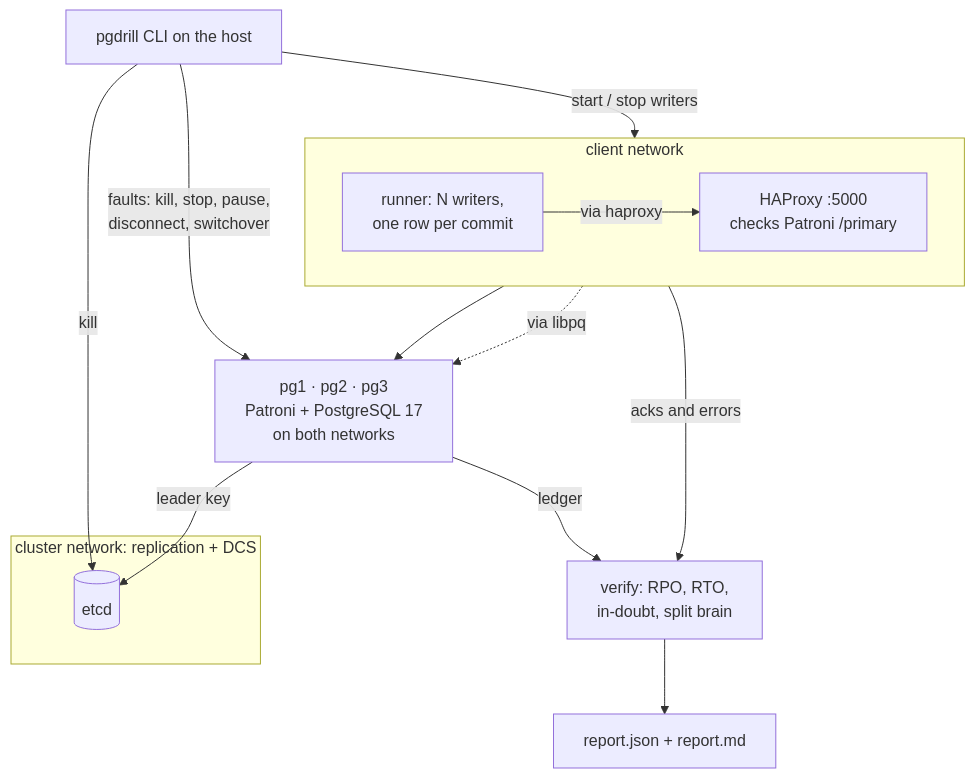
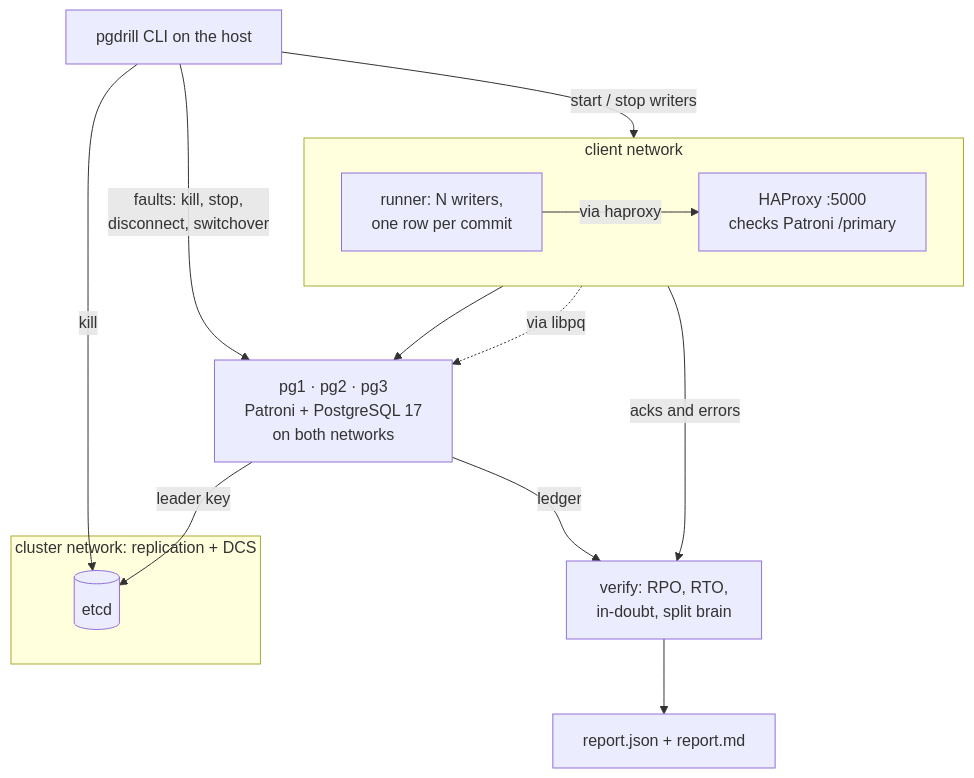
Before and after one commit to kiwifarmit/ol-sbx-pg-failover-drill: the diagram in README.md, drawn with Mermaid. The commit also changed other lines of this file and 12 other files, not shown here.

````diff
--- a/README.md
+++ b/README.md
@@ -27,29 +27,29 @@
 ```mermaid
 flowchart TB
     cli["pgdrill CLI on the host"]
 
     subgraph client["client network"]
         direction LR
         runner["runner: N writers,<br/>one row per commit"]
         haproxy["HAProxy :5000<br/>checks Patroni /primary"]
     end
 
     pg["pg1 · pg2 · pg3<br/>Patroni + PostgreSQL 17<br/>on both networks"]
 
     subgraph cluster["cluster network: replication + DCS"]
         etcd[("etcd")]
     end
 
     verify["verify: RPO, RTO,<br/>in-doubt, split brain"]
     report["report.json + report.md"]
 
     cli -- "start / stop writers" --> runner
-    cli -- "faults: kill, stop, pause,<br/>disconnect, switchover" --> pg
+    cli -- "faults: kill, stop,<br/>disconnect, switchover" --> pg
     cli -- "kill" --> etcd
     runner -- "via haproxy" --> haproxy --> pg
     runner -. "via libpq" .-> pg
     pg -- "leader key" --> etcd
     runner -- "acks and errors" --> verify
     pg -- "ledger" --> verify
     verify --> report
 ```
````
